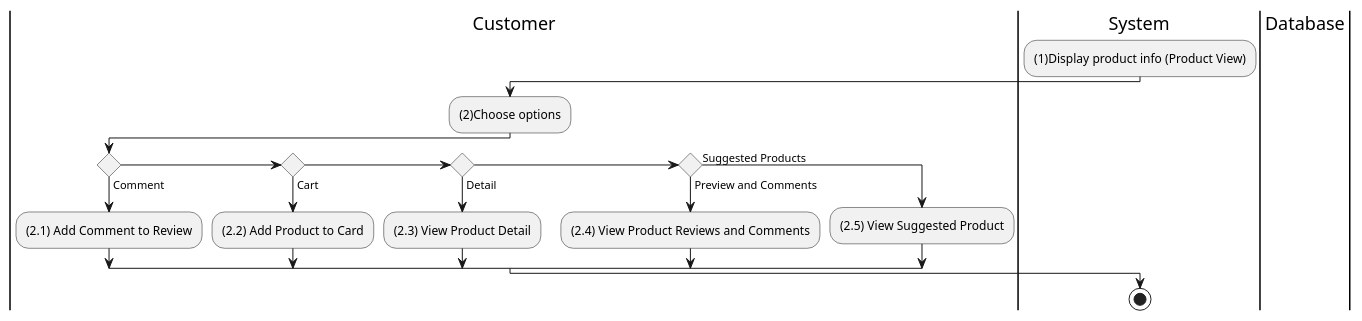
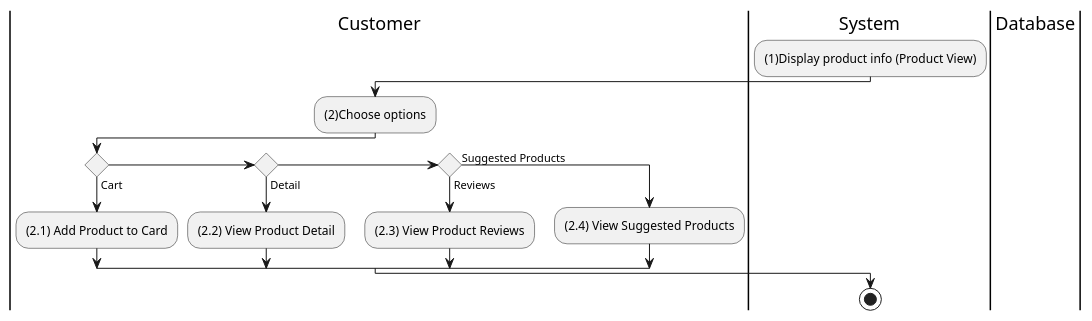
Before and after one commit to electricilies/electricilies.github.io: the diagram in docs/docs/activity/view-product/view-product.md, drawn with PlantUML. The commit also changed 17 other files, not shown here.

Commit message:
feat: remove comment for review

````diff
--- a/docs/docs/activity/view-product/view-product.md
+++ b/docs/docs/activity/view-product/view-product.md
@@ -3,27 +3,25 @@
 ```plantuml
 @startuml
-|Customer|
+|C|Customer
 
-|System|
+|S|System
 :(1)Display product info (Product View);
 
-|Database|
+|D|Database
 
-|Customer|
+|C|
 :(2)Choose options;
-if () then (Comment)
-  :(2.1) Add Comment to Review;
-elseif () then (Cart)
-  :(2.2) Add Product to Card;
+if () then (Cart)
+  :(2.1) Add Product to Card;
 elseif () then (Detail)
-  :(2.3) View Product Detail;
-elseif () then (Preview and Comments)
-  :(2.4) View Product Reviews and Comments;
+  :(2.2) View Product Detail;
+elseif () then (Reviews)
+  :(2.3) View Product Reviews;
 else (Suggested Products)
-  :(2.5) View Suggested Product;
+  :(2.4) View Suggested Products;
 endif
 
-|System|
+|S|
 stop
 @enduml
 ```
````
